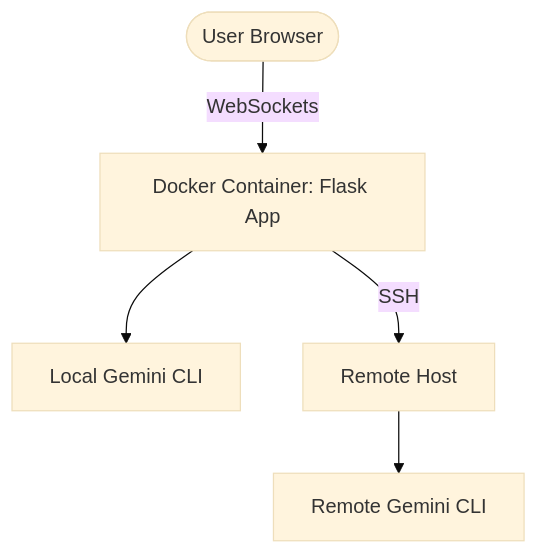
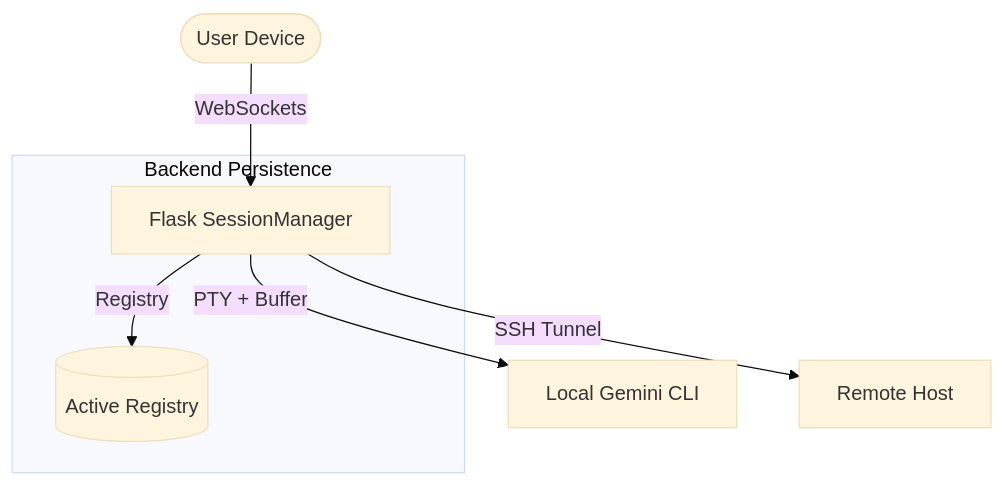
The diagram in README.md (adamoutler/gemini-webui), drawn with Mermaid (base theme) before and after one commit. The commit also changed other lines of this file and 4 other files, not shown here.

First line of the commit message:
feat(security): implement user-scoped session management and update README

````diff
--- a/README.md
+++ b/README.md
@@ -51,7 +37,9 @@
 ```mermaid
 graph TD
-    User([User Browser]) -- WebSockets --> App[Docker Container: Flask App]
-    App --> Local[Local Gemini CLI]
-    App -- SSH --> Remote[Remote Host]
-    Remote --> RemoteGemini[Remote Gemini CLI]
+    User([User Device]) -- WebSockets --> App[Flask SessionManager]
+    App -- PTY + Buffer --> Local[Local Gemini CLI]
+    App -- SSH Tunnel --> Remote[Remote Host]
+    subgraph Backend Persistence
+        App -- Registry --> Sessions[(Active Registry)]
+    end
 ```
````
